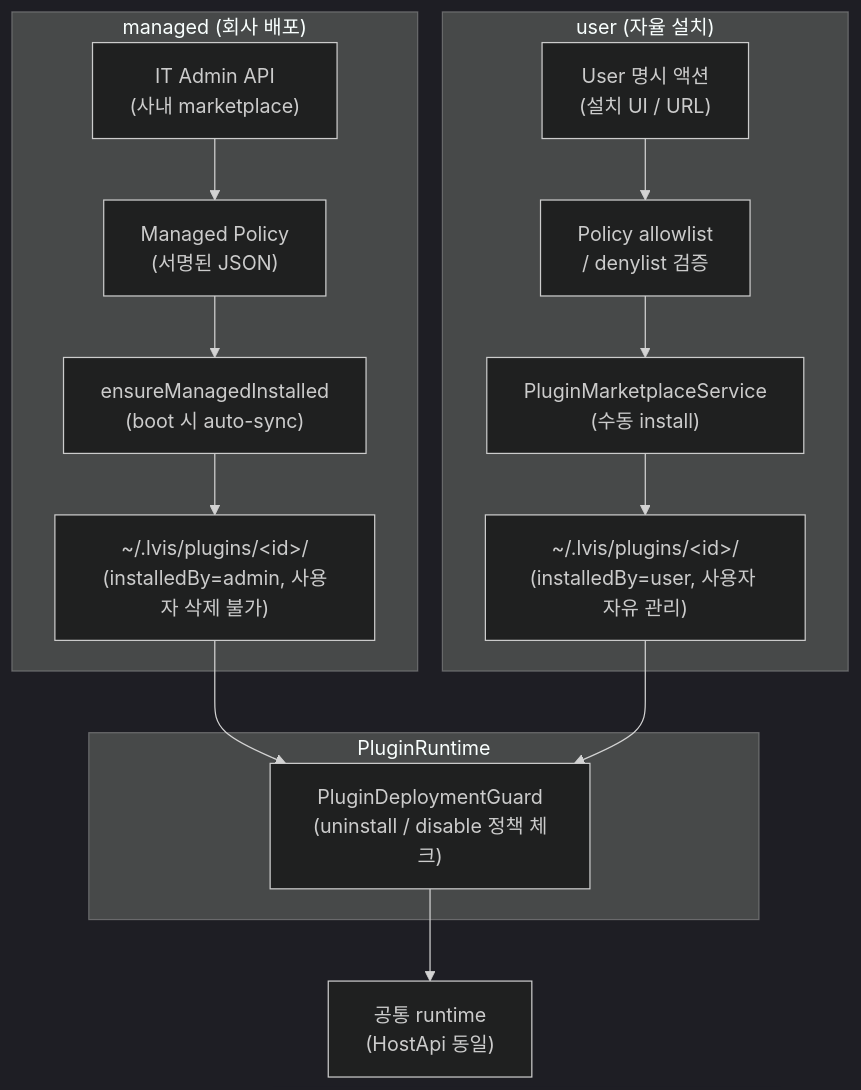
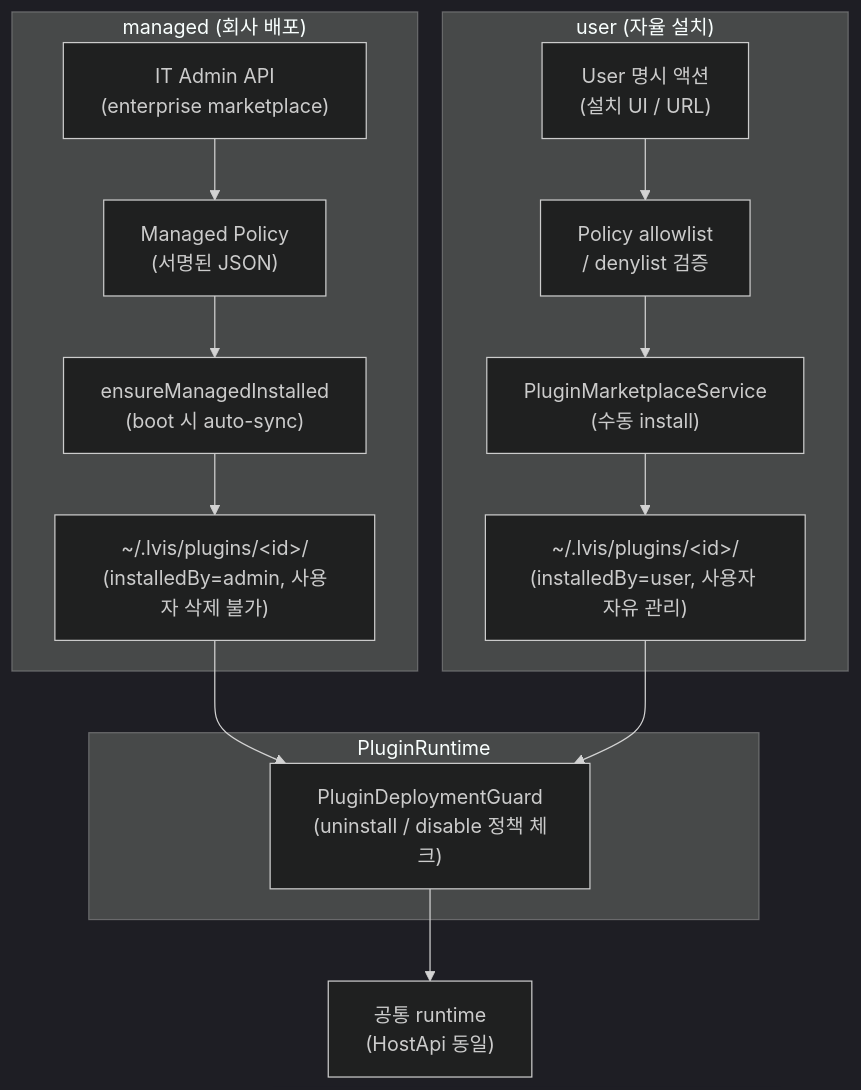
One commit to lvis-project/lvis-app changed diagram 32 of 44 in docs/architecture/architecture.md. Above: the diagram before and after it, drawn with Mermaid (dark theme). The commit also changed other lines of this file and 89 other files, not shown here.

````diff
--- a/docs/architecture/architecture.md
+++ b/docs/architecture/architecture.md
@@ -3025,26 +3025,26 @@
 ```mermaid
 graph TB
     subgraph "managed (회사 배포)"
-        M1["IT Admin API<br/>(사내 marketplace)"]
+        M1["IT Admin API<br/>(enterprise marketplace)"]
         M2["Managed Policy<br/>(서명된 JSON)"]
         M3["ensureManagedInstalled<br/>(boot 시 auto-sync)"]
         M4["~/.lvis/plugins/&lt;id&gt;/<br/>(installedBy=admin, 사용자 삭제 불가)"]
         M1 --> M2 --> M3 --> M4
     end
 
     subgraph "user (자율 설치)"
         U1["User 명시 액션<br/>(설치 UI / URL)"]
         U2["Policy allowlist<br/>/ denylist 검증"]
         U3["PluginMarketplaceService<br/>(수동 install)"]
         U4["~/.lvis/plugins/&lt;id&gt;/<br/>(installedBy=user, 사용자 자유 관리)"]
         U1 --> U2 --> U3 --> U4
     end
 
     subgraph "PluginRuntime"
         GUARD["PluginDeploymentGuard<br/>(uninstall / disable 정책 체크)"]
     end
 
     M4 --> GUARD
     U4 --> GUARD
     GUARD --> RUN["공통 runtime<br/>(HostApi 동일)"]
 ```
````
